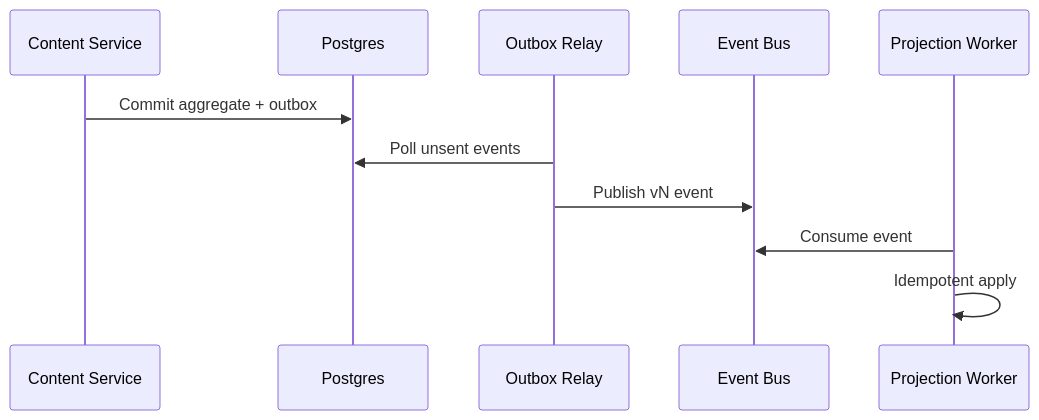
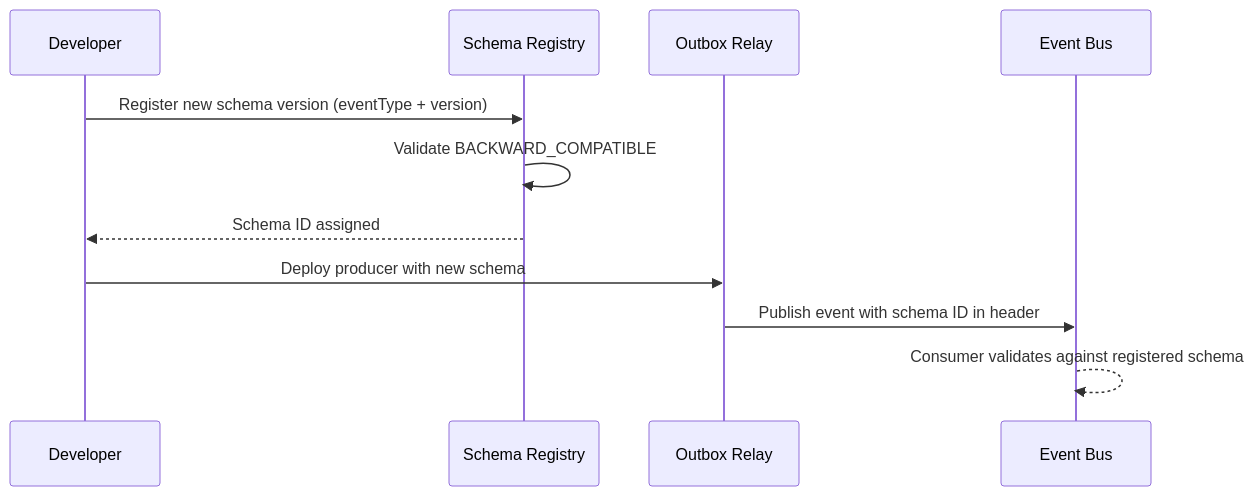
The second of 2 diagrams in Content Management System/analysis/event-catalog.md (0Ankit0/Project-Ideas), drawn with Mermaid before and after one commit. The commit also changed other lines of this file and 2 other files, not shown here.

Commit message:
docs(content-management-system): expand documentation to production-grade spec

````diff
--- a/Content Management System/analysis/event-catalog.md
+++ b/Content Management System/analysis/event-catalog.md
@@ -30,13 +108,14 @@
 ```mermaid
 sequenceDiagram
-    participant CS as Content Service
-    participant DB as Postgres
-    participant OB as Outbox Relay
-    participant BUS as Event Bus
-    participant PR as Projection Worker
-    CS->>DB: Commit aggregate + outbox
-    OB->>DB: Poll unsent events
-    OB->>BUS: Publish vN event
-    PR->>BUS: Consume event
-    PR->>PR: Idempotent apply
+    participant Dev as Developer
+    participant SR as Schema Registry
+    participant Relay as Outbox Relay
+    participant Bus as Event Bus
+
+    Dev->>SR: Register new schema version (eventType + version)
+    SR->>SR: Validate BACKWARD_COMPATIBLE
+    SR-->>Dev: Schema ID assigned
+    Dev->>Relay: Deploy producer with new schema
+    Relay->>Bus: Publish event with schema ID in header
+    Bus-->>Bus: Consumer validates against registered schema
 ```
````
